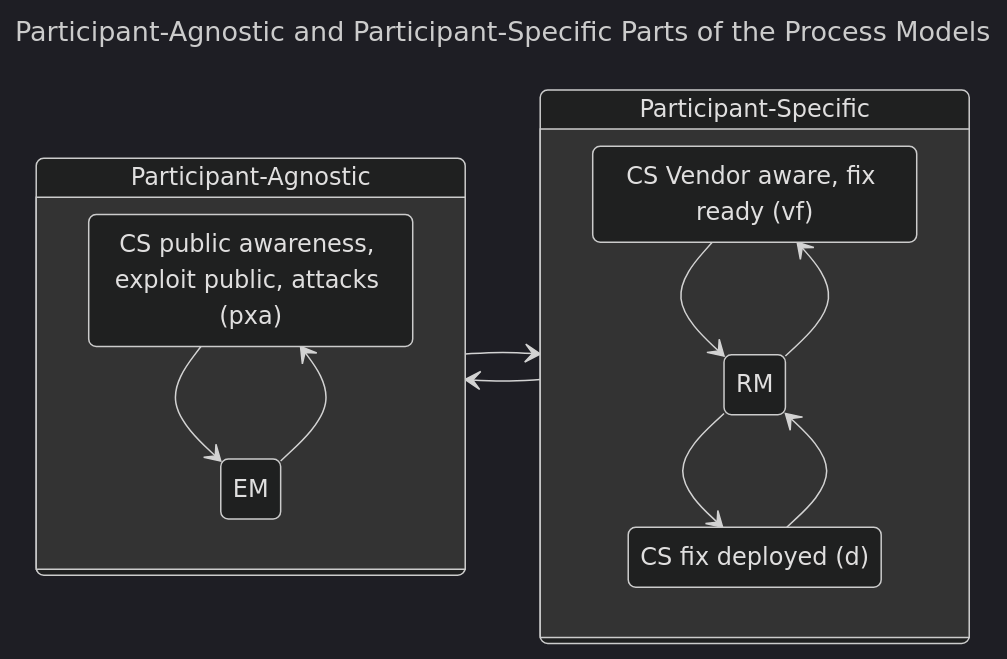
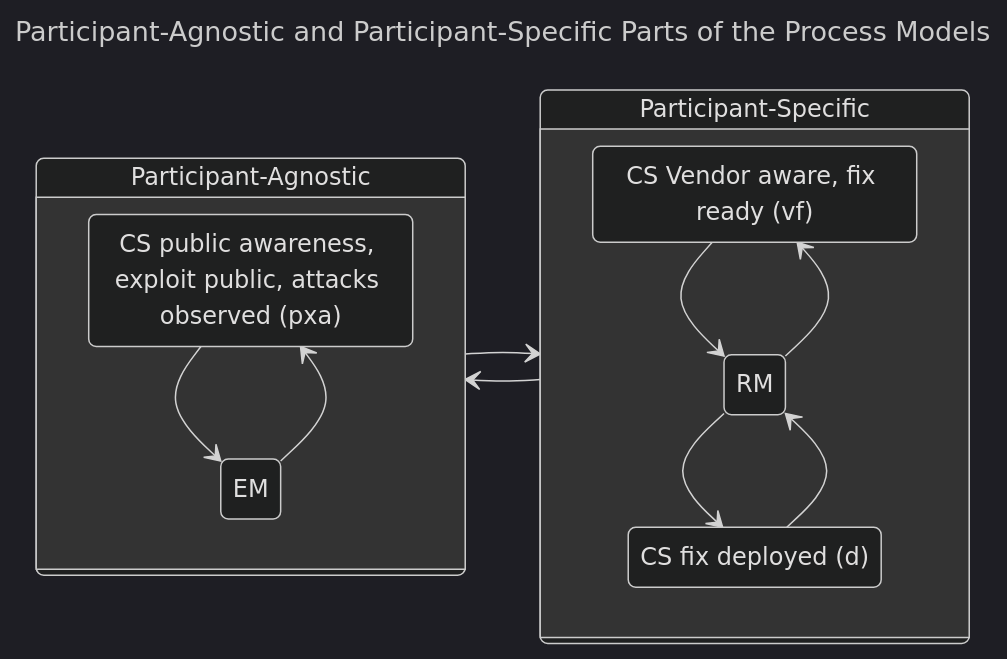
One commit to CERTCC/Vultron changed the diagram in docs/topics/process_models/model_interactions/index.md. Above: the diagram before and after it, drawn with Mermaid (dark theme). The commit also changed other lines of this file and 5 other files, not shown here.

````diff
--- a/docs/topics/process_models/model_interactions/index.md
+++ b/docs/topics/process_models/model_interactions/index.md
@@ -26,29 +26,29 @@
 ```mermaid
 ---
 title: Participant-Agnostic and Participant-Specific Parts of the Process Models
 ---
 stateDiagram-v2
     direction LR
     PA: Participant-Agnostic
-    CS_pxa: CS public awareness, exploit public, attacks (pxa)
+    CS_pxa: CS public awareness, exploit public, attacks observed (pxa)
     CS_vf: CS Vendor aware, fix ready (vf)
     CS_d: CS fix deployed (d)
     state PA {
         EM
         CS_pxa
         EM --> CS_pxa
         CS_pxa --> EM
     }
     PS: Participant-Specific
     state PS {
         RM
         CS_vf
         CS_d
         RM --> CS_vf
         RM --> CS_d
         CS_vf --> RM
         CS_d --> RM
     }
     PA --> PS
     PS --> PA
 ```
````
